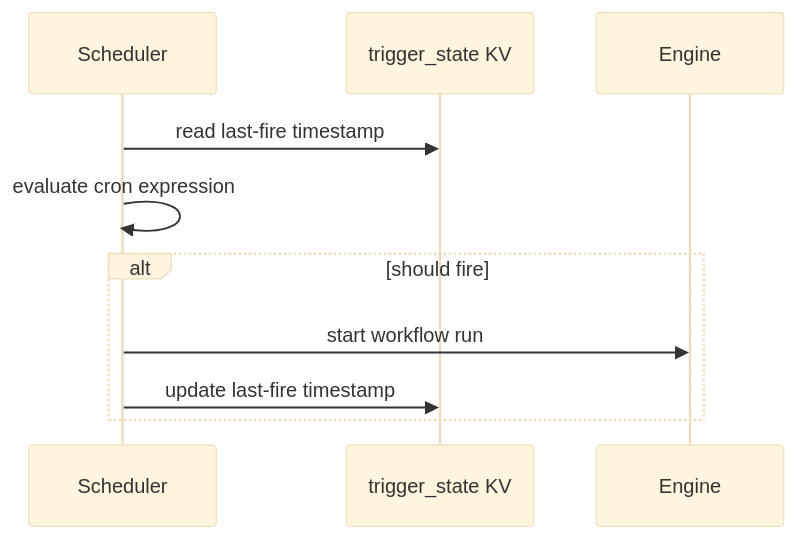
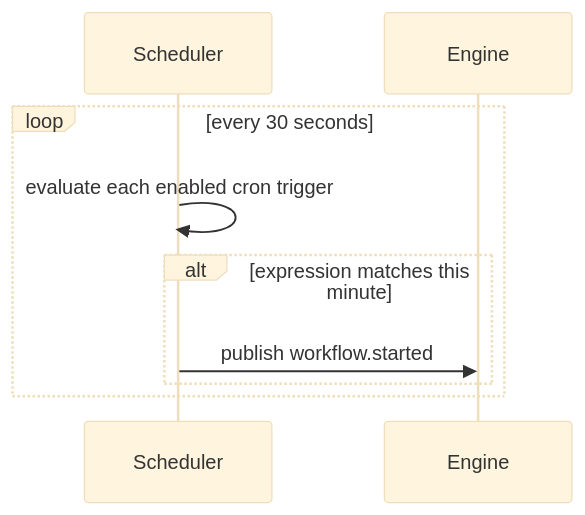
One commit to danmestas/dagnats changed the diagram in docs/site/content/docs/triggers/cron-schedules.md. Above: the diagram before and after it, drawn with Mermaid (base theme). The commit also changed other lines of this file and 39 other files, not shown here.

````diff
--- a/docs/site/content/docs/triggers/cron-schedules.md
+++ b/docs/site/content/docs/triggers/cron-schedules.md
@@ -78,13 +101,12 @@
 ```mermaid
 sequenceDiagram
     participant Scheduler
-    participant KV as trigger_state KV
     participant Engine
 
-    Scheduler->>KV: read last-fire timestamp
-    Scheduler->>Scheduler: evaluate cron expression
-    alt should fire
-        Scheduler->>Engine: start workflow run
-        Scheduler->>KV: update last-fire timestamp
+    loop every 30 seconds
+        Scheduler->>Scheduler: evaluate each enabled cron trigger
+        alt expression matches this minute
+            Scheduler->>Engine: publish workflow.started
+        end
     end
 ```
````
